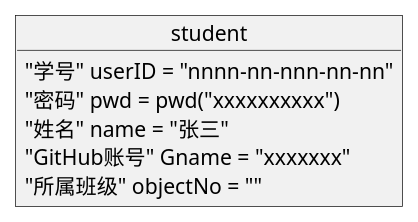
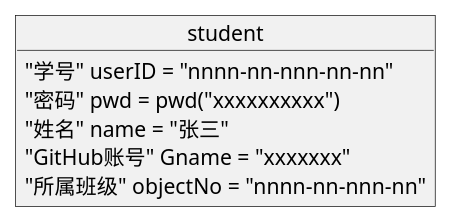
One commit to 201610414130/is_analysis-4 changed the first of 8 diagrams in test6/objectView.pu. Above: the diagram before and after it, drawn with PlantUML. The commit also changed other lines of this file and 7 other files, not shown here.

```diff
--- a/test6/objectView.pu
+++ b/test6/objectView.pu
@@ -1,9 +1,9 @@
 @startuml student
 object student{
     "学号" userID = "nnnn-nn-nnn-nn-nn"
     "密码" pwd = pwd("xxxxxxxxxx")
     "姓名" name = "张三"
     "GitHub账号" Gname = "xxxxxxx"
-    "所属班级" objectNo = ""
+    "所属班级" objectNo = "nnnn-nn-nnn-nn"
 }
 @enduml
```
